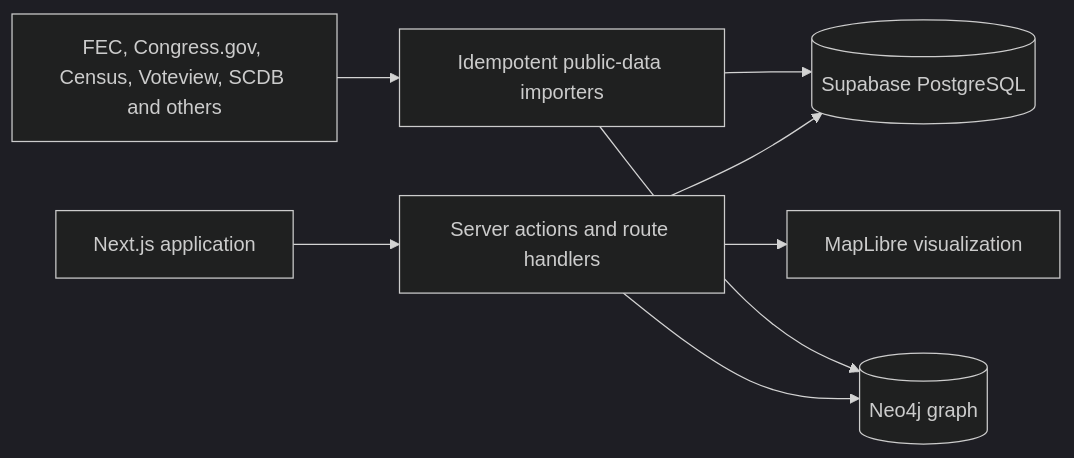
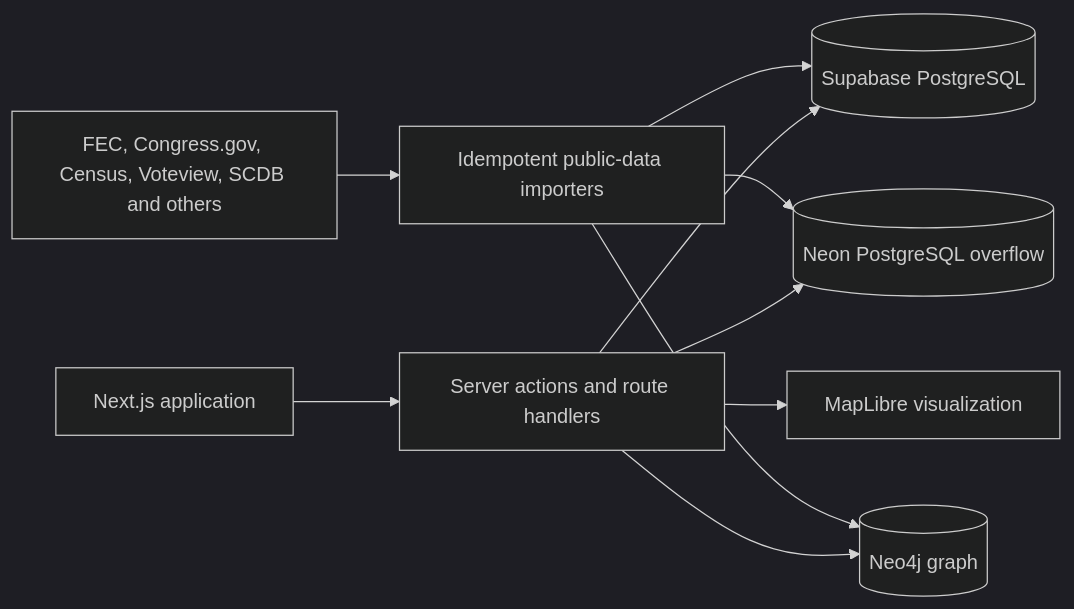
The diagram in README.md (PrestonParis/worldview), drawn with Mermaid (dark theme) before and after one commit. The commit also changed other lines of this file and 13 other files, not shown here.

````diff
--- a/README.md
+++ b/README.md
@@ -22,10 +25,12 @@
 ```mermaid
 flowchart LR
     Browser[Next.js application] --> Actions[Server actions and route handlers]
     Actions --> Postgres[(Supabase PostgreSQL)]
+    Actions --> Neon[(Neon PostgreSQL overflow)]
     Actions --> Neo4j[(Neo4j graph)]
     Imports[Idempotent public-data importers] --> Postgres
+    Imports --> Neon
     Imports --> Neo4j
     Sources[FEC, Congress.gov, Census, Voteview, SCDB and others] --> Imports
     Actions --> Maps[MapLibre visualization]
 ```
````
